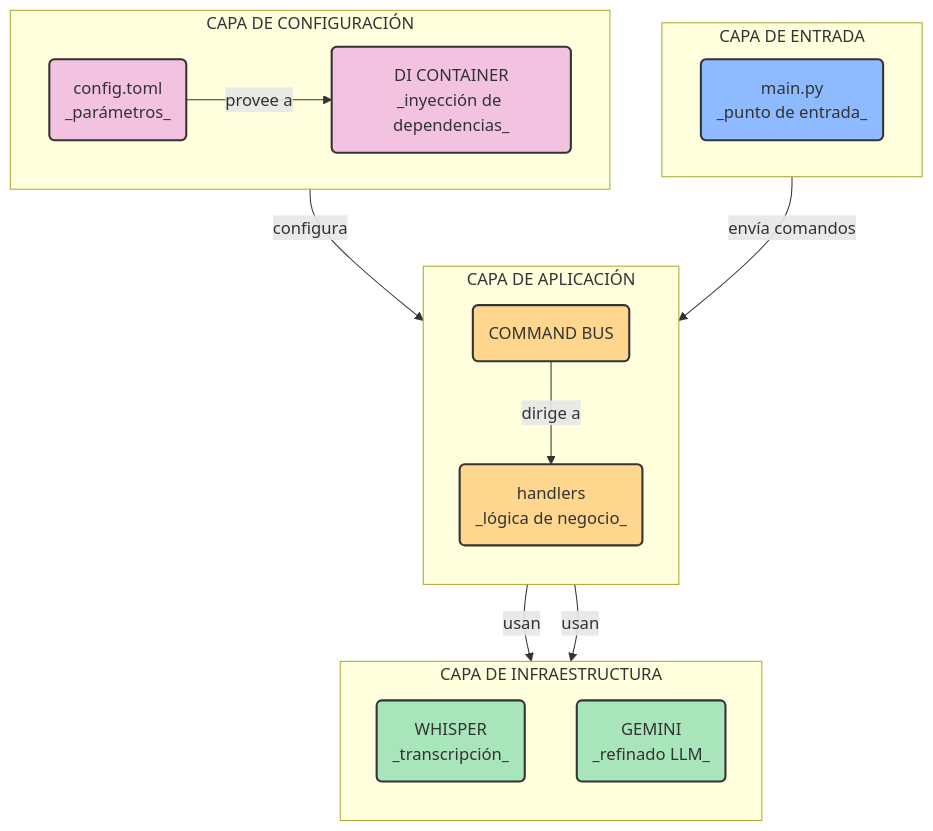
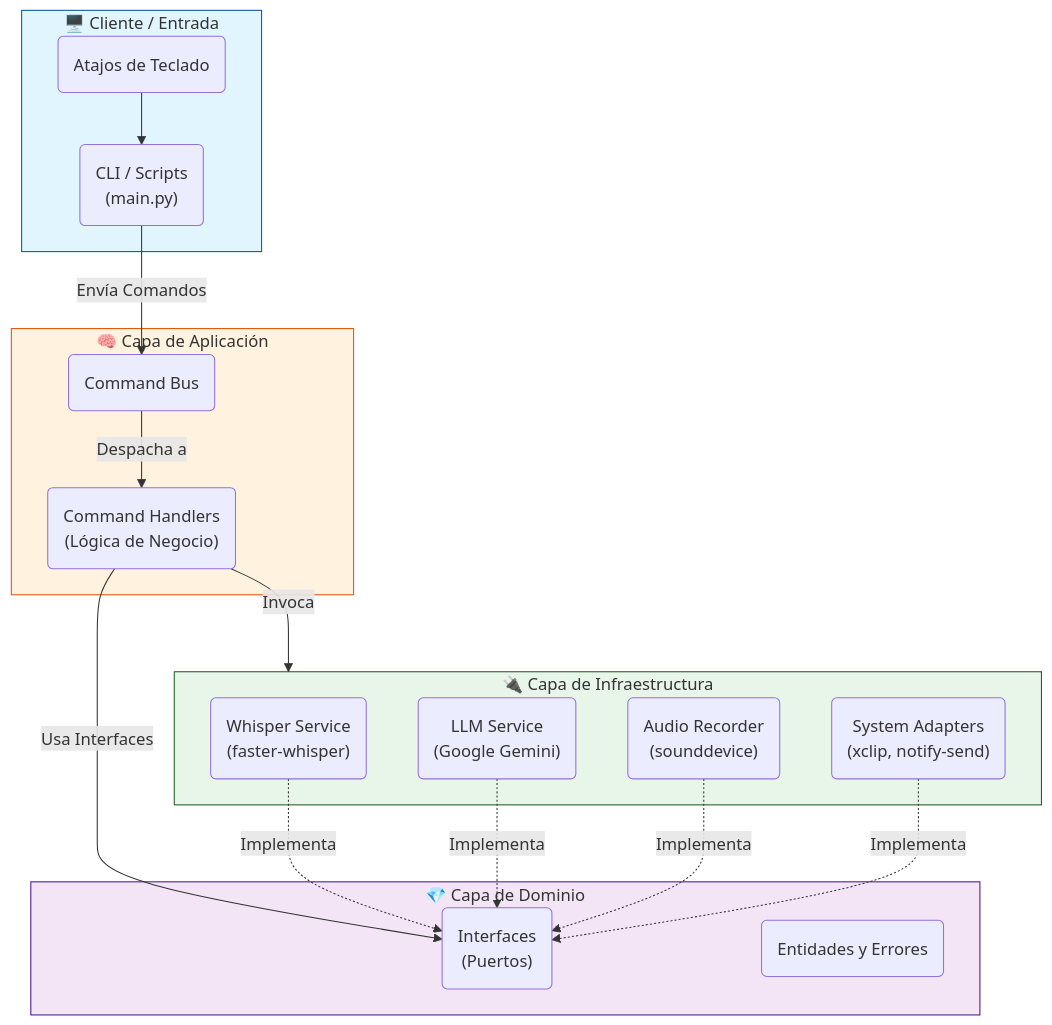
One commit to zarvent/voice2machine changed the diagram in docs/arquitectura.md. Above: the diagram before and after it, drawn with Mermaid. The commit also changed other lines of this file and 3 other files, not shown here.

Commit message:
docs: add troubleshooting and configuration guides, and enhance architecture documentation with a detailed diagram.

````diff
--- a/docs/arquitectura.md
+++ b/docs/arquitectura.md
@@ -13,40 +11,40 @@
 ```mermaid
 graph TD
-    subgraph A[CAPA DE ENTRADA]
-        direction LR
-        main("main.py<br/>_punto de entrada_")
+    subgraph Client ["🖥️ Cliente / Entrada"]
+        CLI("CLI / Scripts<br>(main.py)")
+        Shortcuts("Atajos de Teclado")
     end
 
-    subgraph B[CAPA DE APLICACIÓN]
-        direction TB
-        bus(COMMAND BUS)
-        handlers("handlers<br/>_lógica de negocio_")
+    subgraph Application ["🧠 Capa de Aplicación"]
+        Bus("Command Bus")
+        Handlers("Command Handlers<br>(Lógica de Negocio)")
     end
 
-    subgraph C[CAPA DE INFRAESTRUCTURA]
-        direction TB
-        whisper("WHISPER<br/>_transcripción_")
-        gemini("GEMINI<br/>_refinado LLM_")
+    subgraph Domain ["💎 Capa de Dominio"]
+        Interfaces("Interfaces<br>(Puertos)")
+        Entities("Entidades y Errores")
     end
 
-    subgraph D[CAPA DE CONFIGURACIÓN]
-        direction LR
-        container("DI CONTAINER<br/>_inyección de dependencias_")
-        config("config.toml<br/>_parámetros_")
+    subgraph Infrastructure ["🔌 Capa de Infraestructura"]
+        Whisper("Whisper Service<br>(faster-whisper)")
+        Gemini("LLM Service<br>(Google Gemini)")
+        Audio("Audio Recorder<br>(sounddevice)")
+        System("System Adapters<br>(xclip, notify-send)")
     end
 
-    main -- "envía comandos" --> bus
-    bus -- "dirige a" --> handlers
-    handlers -- "usan" --> whisper
-    handlers -- "usan" --> gemini
-    container -- "configura" --> handlers
-    config -- "provee a" --> container
+    Shortcuts --> CLI
+    CLI -- "Envía Comandos" --> Bus
+    Bus -- "Despacha a" --> Handlers
+    Handlers -- "Usa Interfaces" --> Interfaces
+    Whisper -.-> |Implementa| Interfaces
+    Gemini -.-> |Implementa| Interfaces
+    Audio -.-> |Implementa| Interfaces
+    System -.-> |Implementa| Interfaces
 
-    style main fill:#8EBBFF,stroke:#333,stroke-width:2px
-    style bus fill:#FFD68E,stroke:#333,stroke-width:2px
-    style handlers fill:#FFD68E,stroke:#333,stroke-width:2px
-    style whisper fill:#A9E5BB,stroke:#333,stroke-width:2px
-    style gemini fill:#A9E5BB,stroke:#333,stroke-width:2px
-    style container fill:#F2C2E0,stroke:#333,stroke-width:2px
-    style config fill:#F2C2E0,stroke:#333,stroke-width:2px
+    Handlers -- "Invoca" --> Infrastructure
+
+    style Client fill:#e1f5fe,stroke:#01579b
+    style Application fill:#fff3e0,stroke:#e65100
+    style Domain fill:#f3e5f5,stroke:#4a148c
+    style Infrastructure fill:#e8f5e9,stroke:#1b5e20
 ```
````
